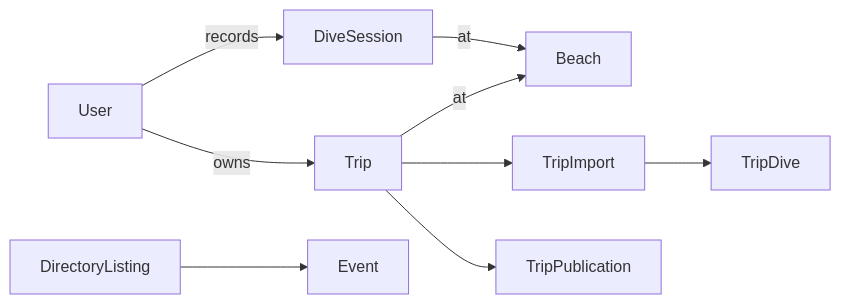
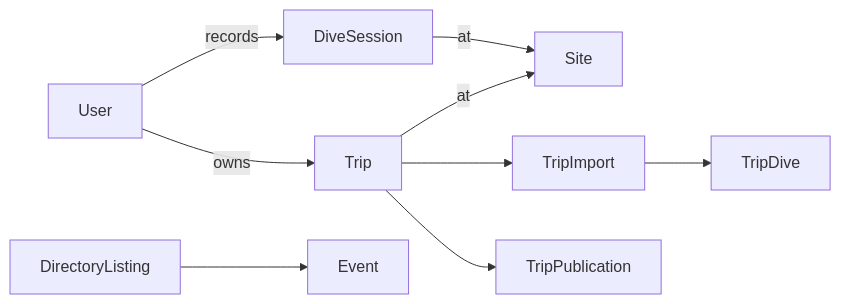
One commit to hoebat/finfolk-next changed the diagram in docs/DATABASE_DESIGN.md. Above: the diagram before and after it, drawn with Mermaid. The commit also changed other lines of this file and 105 other files, not shown here.

````diff
--- a/docs/DATABASE_DESIGN.md
+++ b/docs/DATABASE_DESIGN.md
@@ -12,11 +12,11 @@
 ```mermaid
 flowchart LR
     User -->|owns| Trip
     User -->|records| DiveSession
-    Trip -->|at| Beach
-    DiveSession -->|at| Beach
+    Trip -->|at| Site
+    DiveSession -->|at| Site
     Trip --> TripImport
     TripImport --> TripDive
     Trip --> TripPublication
     DirectoryListing --> Event
 ```
````
